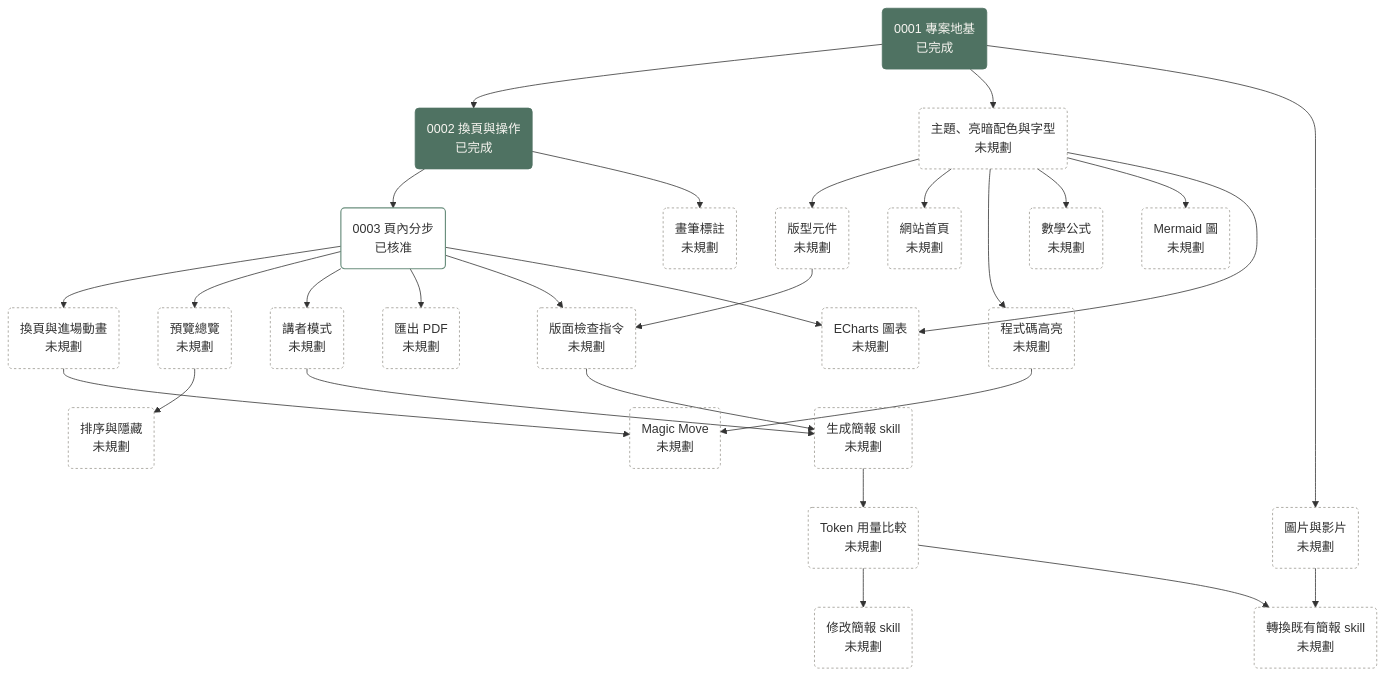
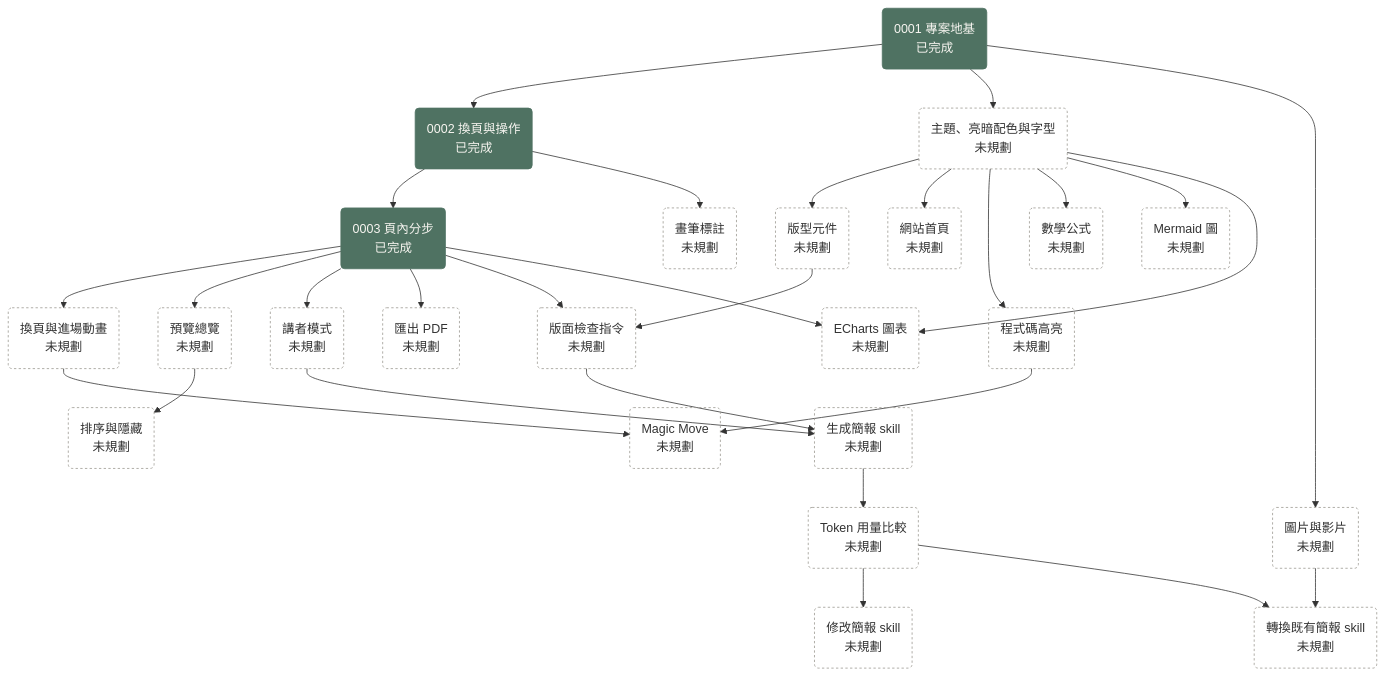
One commit to bingyangchen/diapo changed the diagram in docs/plans/roadmap.md. Above: the diagram before and after it, drawn with Mermaid. The commit also changed other lines of this file and 45 other files, not shown here.

````diff
--- a/docs/plans/roadmap.md
+++ b/docs/plans/roadmap.md
@@ -7,45 +7,45 @@
 ```mermaid
 flowchart TD
   P0001("0001 專案地基<br/>已完成"):::done
   P0002("0002 換頁與操作<br/>已完成"):::done
-  P0003("0003 頁內分步<br/>已核准"):::approved
+  P0003("0003 頁內分步<br/>已完成"):::done
   transitions("換頁與進場動畫<br/>未規劃"):::unplanned
   magic_move("Magic Move<br/>未規劃"):::unplanned
   overview("預覽總覽<br/>未規劃"):::unplanned
   reorder("排序與隱藏<br/>未規劃"):::unplanned
   annotation("畫筆標註<br/>未規劃"):::unplanned
   presenter("講者模式<br/>未規劃"):::unplanned
   theme("主題、亮暗配色與字型<br/>未規劃"):::unplanned
   layouts("版型元件<br/>未規劃"):::unplanned
   media("圖片與影片<br/>未規劃"):::unplanned
   code_highlight("程式碼高亮<br/>未規劃"):::unplanned
   math("數學公式<br/>未規劃"):::unplanned
   mermaid_diagram("Mermaid 圖<br/>未規劃"):::unplanned
   charts("ECharts 圖表<br/>未規劃"):::unplanned
   pdf_export("匯出 PDF<br/>未規劃"):::unplanned
   site_home("網站首頁<br/>未規劃"):::unplanned
   layout_check("版面檢查指令<br/>未規劃"):::unplanned
   skill_generate("生成簡報 skill<br/>未規劃"):::unplanned
   token_benchmark("Token 用量比較<br/>未規劃"):::unplanned
   skill_modify("修改簡報 skill<br/>未規劃"):::unplanned
   skill_convert("轉換既有簡報 skill<br/>未規劃"):::unplanned
   P0001 --> P0002 --> P0003 --> transitions --> magic_move
   P0003 --> overview --> reorder
   P0002 --> annotation
   P0003 --> presenter --> skill_generate
   P0003 --> pdf_export
   P0003 --> layout_check
   P0001 --> theme --> layouts --> layout_check --> skill_generate
   skill_generate --> token_benchmark --> skill_modify
   token_benchmark --> skill_convert
   P0001 --> media --> skill_convert
   theme --> site_home
   theme --> code_highlight --> magic_move
   theme --> math
   theme --> mermaid_diagram
   theme --> charts
   P0003 --> charts
   classDef done fill:#4f7262,stroke:#4f7262,color:#f7f5f0
   classDef approved fill:none,stroke:#6b8f7e,stroke-width:1.5px
   classDef unplanned fill:none,stroke:#9a978f,stroke-dasharray:3 3
 ```
````
